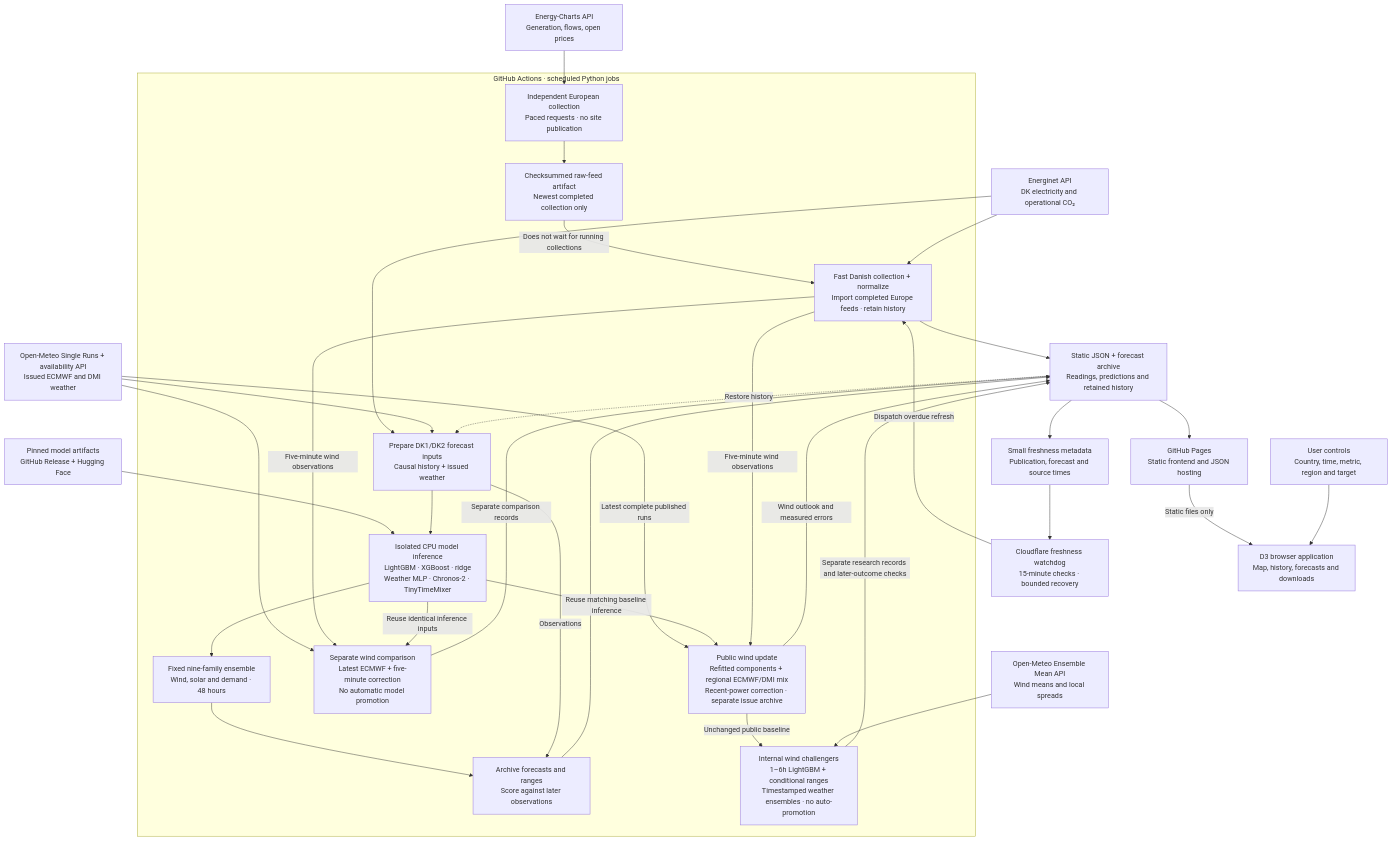
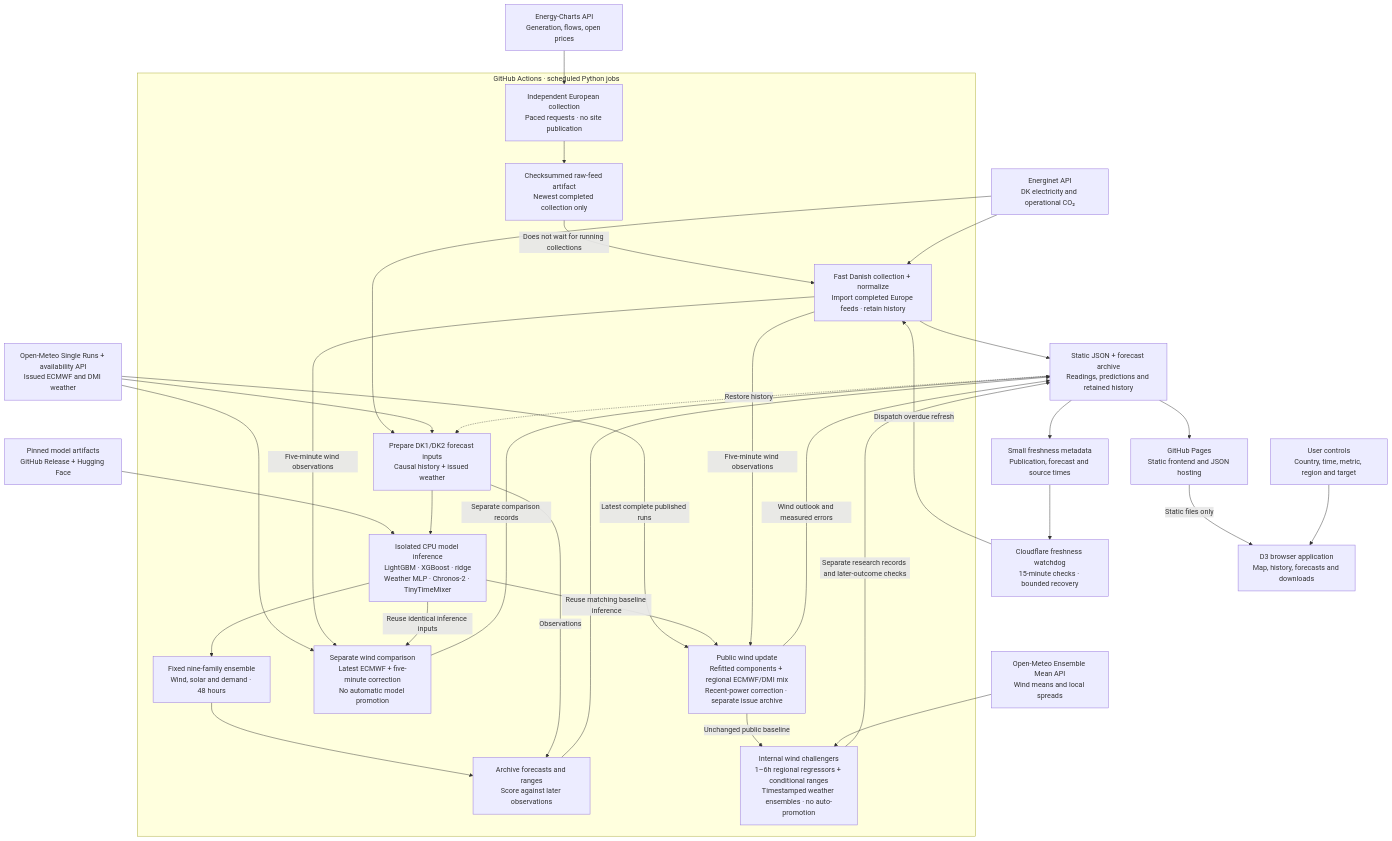
The diagram in README.md (HuayuanSong/open-current), drawn with Mermaid before and after one commit. The commit also changed other lines of this file and 58 other files, not shown here.

````diff
--- a/README.md
+++ b/README.md
@@ -48,59 +48,59 @@
 ```mermaid
 flowchart TB
     energy["Energy-Charts API<br/>Generation, flows, open prices"]
     energinet["Energinet API<br/>DK electricity and operational CO₂"]
     weather["Open-Meteo Single Runs + availability API<br/>Issued ECMWF and DMI weather"]
     ensembleweather["Open-Meteo Ensemble Mean API<br/>Wind means and local spreads"]
     weights["Pinned model artifacts<br/>GitHub Release + Hugging Face"]
     watchdog["Cloudflare freshness watchdog<br/>15-minute checks · bounded recovery"]
     health["Small freshness metadata<br/>Publication, forecast and source times"]
 
     subgraph actions["GitHub Actions · scheduled Python jobs"]
         eurocollect["Independent European collection<br/>Paced requests · no site publication"]
         bundle["Checksummed raw-feed artifact<br/>Newest completed collection only"]
         collect["Fast Danish collection + normalize<br/>Import completed Europe feeds · retain history"]
         inputs["Prepare DK1/DK2 forecast inputs<br/>Causal history + issued weather"]
         models["Isolated CPU model inference<br/>LightGBM · XGBoost · ridge<br/>Weather MLP · Chronos-2 · TinyTimeMixer"]
         blend["Fixed nine-family ensemble<br/>Wind, solar and demand · 48 hours"]
         evaluate["Archive forecasts and ranges<br/>Score against later observations"]
         windtest["Separate wind comparison<br/>Latest ECMWF + five-minute correction<br/>No automatic model promotion"]
         freshwind["Public wind update<br/>Refitted components + regional ECMWF/DMI mix<br/>Recent-power correction · separate issue archive"]
-        research["Internal wind challengers<br/>1–6h LightGBM + conditional ranges<br/>Timestamped weather ensembles · no auto-promotion"]
+        research["Internal wind challengers<br/>1–6h regional regressors + conditional ranges<br/>Timestamped weather ensembles · no auto-promotion"]
     end
 
     archive["Static JSON + forecast archive<br/>Readings, predictions and retained history"]
     pages["GitHub Pages<br/>Static frontend and JSON hosting"]
     browser["D3 browser application<br/>Map, history, forecasts and downloads"]
     user["User controls<br/>Country, time, metric, region and target"]
 
     energy --> eurocollect --> bundle
     bundle -->|Does not wait for running collections| collect
     energinet --> collect
     energinet --> inputs
     weather --> inputs
     weights --> models
     inputs --> models
     models --> blend
     blend --> evaluate
     inputs -->|Observations| evaluate
     collect --> archive
     evaluate --> archive
     weather --> windtest
     collect -->|Five-minute wind observations| windtest
     models -->|Reuse identical inference inputs| windtest
     windtest -->|Separate comparison records| archive
     weather -->|Latest complete published runs| freshwind
     models -->|Reuse matching baseline inference| freshwind
     collect -->|Five-minute wind observations| freshwind
     freshwind -->|Wind outlook and measured errors| archive
     freshwind -->|Unchanged public baseline| research
     ensembleweather --> research
     research -->|Separate research records and later-outcome checks| archive
     archive -.->|Restore history| inputs
     archive --> pages
     pages -->|Static files only| browser
     user --> browser
     archive --> health
     health --> watchdog
     watchdog -->|Dispatch overdue refresh| collect
 ```
````
